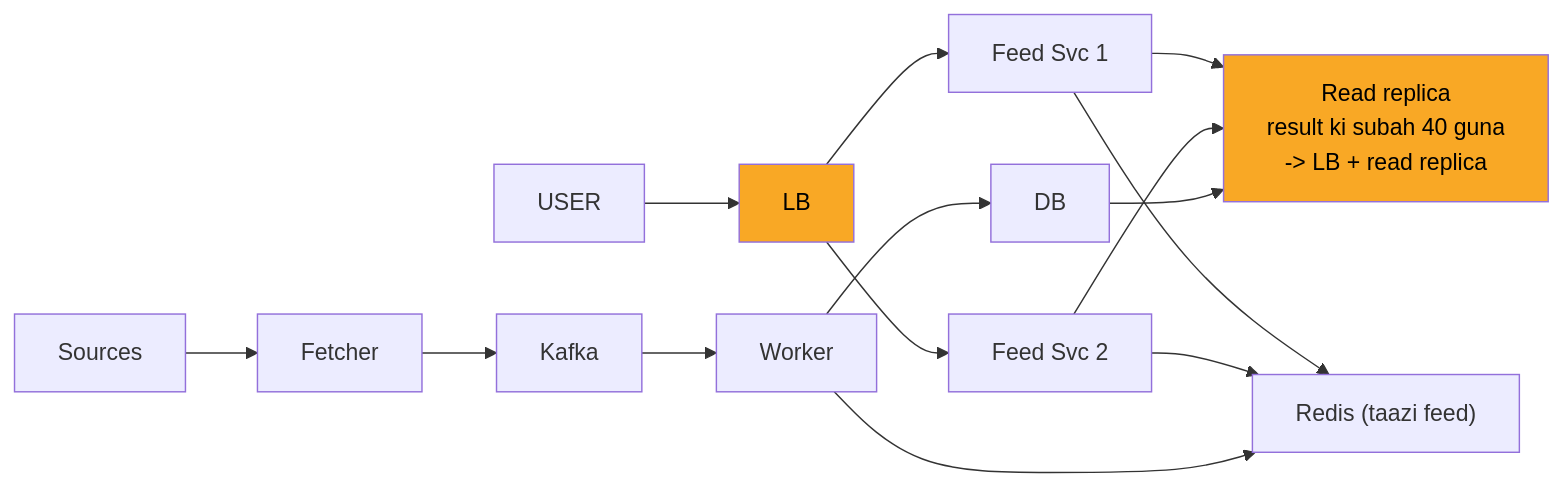
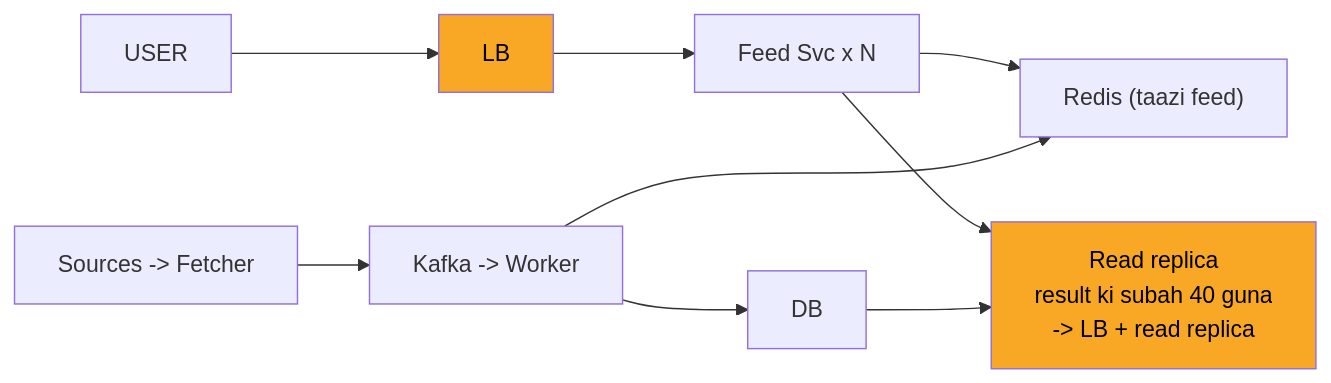
The fourth of 11 diagrams in 04_HLD/SYSTEM_DESIGNS/08_news_aggregator/08_news_aggregator_INTERVIEW.md (ArpanMaheshwari144/Prep), drawn with Mermaid before and after one commit. The commit also changed other lines of this file and 11 other files, not shown here.

Commit message:
hld: card diagrams max 8 boxes (App x N, merged stores/chains; full diagram only in AAKHRI DABBA)

````diff
--- a/04_HLD/SYSTEM_DESIGNS/08_news_aggregator/08_news_aggregator_INTERVIEW.md
+++ b/04_HLD/SYSTEM_DESIGNS/08_news_aggregator/08_news_aggregator_INTERVIEW.md
@@ -148,29 +148,21 @@
 ```mermaid
 flowchart LR
     n_USER["USER"]
     n_LB["LB"]
-    n_Feed_Svc_x_N_1["Feed Svc 1"]
-    n_Feed_Svc_x_N_2["Feed Svc 2"]
+    n_Feed_Svc_xN["Feed Svc x N"]
     n_Redis["Redis (taazi feed)"]
     n_Read_replica["Read replica<br/>result ki subah 40 guna<br/>-> LB + read replica"]
     n_DB["DB"]
-    n_Worker["Worker"]
-    n_Kafka["Kafka"]
-    n_Fetcher["Fetcher"]
-    n_Sources["Sources"]
+    n_KW["Kafka -> Worker"]
+    n_SF["Sources -> Fetcher"]
     n_USER --> n_LB
-    n_LB --> n_Feed_Svc_x_N_1
-    n_LB --> n_Feed_Svc_x_N_2
-    n_Feed_Svc_x_N_1 --> n_Redis
-    n_Feed_Svc_x_N_2 --> n_Redis
-    n_Feed_Svc_x_N_1 --> n_Read_replica
-    n_Feed_Svc_x_N_2 --> n_Read_replica
+    n_LB --> n_Feed_Svc_xN
+    n_Feed_Svc_xN --> n_Redis
+    n_Feed_Svc_xN --> n_Read_replica
     n_DB --> n_Read_replica
-    n_Worker --> n_DB
-    n_Worker --> n_Redis
-    n_Kafka --> n_Worker
-    n_Fetcher --> n_Kafka
-    n_Sources --> n_Fetcher
+    n_KW --> n_DB
+    n_KW --> n_Redis
+    n_SF --> n_KW
     style n_LB fill:#f9a825,color:#000
     style n_Read_replica fill:#f9a825,color:#000
 ```
````
